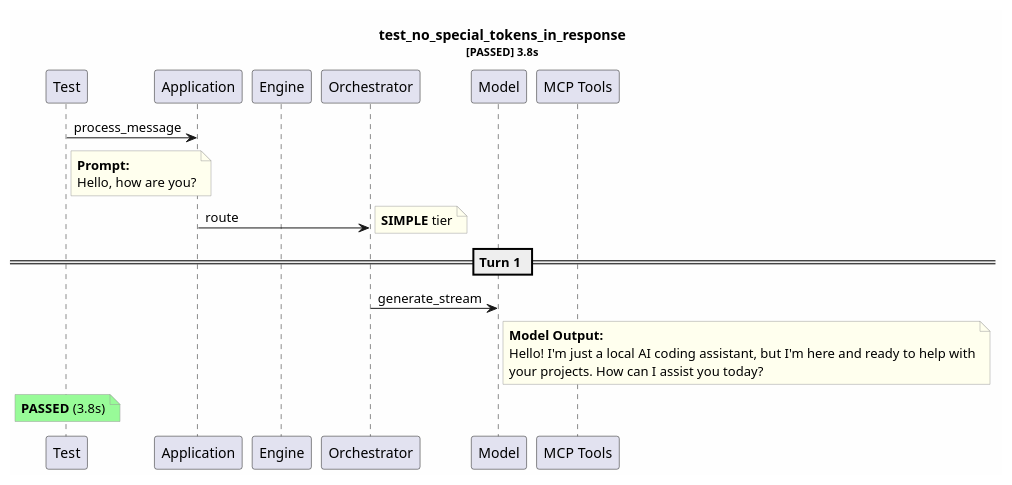
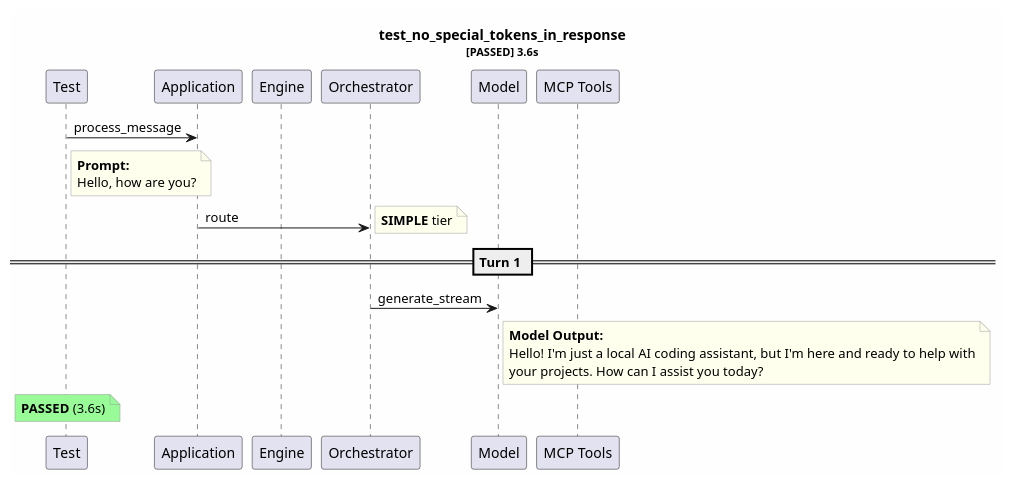
Before and after one commit to tvanfossen/entropic: the diagram in test-reports/test_no_special_tokens_in_response.puml, drawn with PlantUML. The commit also changed 46 other files, not shown here.

```diff
--- a/test-reports/test_no_special_tokens_in_response.puml
+++ b/test-reports/test_no_special_tokens_in_response.puml
@@ -1,32 +1,32 @@
 @startuml
 skinparam backgroundColor #FEFEFE
 skinparam noteBorderColor #999999
 skinparam noteBackgroundColor #FFFFEE
-title test_no_special_tokens_in_response\n<size:11>[PASSED] 3.8s</size>
+title test_no_special_tokens_in_response\n<size:11>[PASSED] 3.6s</size>
 
 participant "Test" as T
 participant "Application" as App
 participant "Engine" as Eng
 participant "Orchestrator" as Orch
 participant "Model" as Mdl
 participant "MCP Tools" as MCP
 
 T -> App: process_message
 note right of T
   **Prompt:**
   Hello, how are you?
 end note
 App -> Orch: route
 note right: **SIMPLE** tier
 == Turn 1 ==
 Orch -> Mdl: generate_stream
 note right of Mdl
   **Model Output:**
   Hello! I'm just a local AI coding assistant, but I'm here and ready to help with
   your projects. How can I assist you today?
 end note
 note over T #palegreen
-  **PASSED** (3.8s)
+  **PASSED** (3.6s)
 end note
 
 @enduml
```
